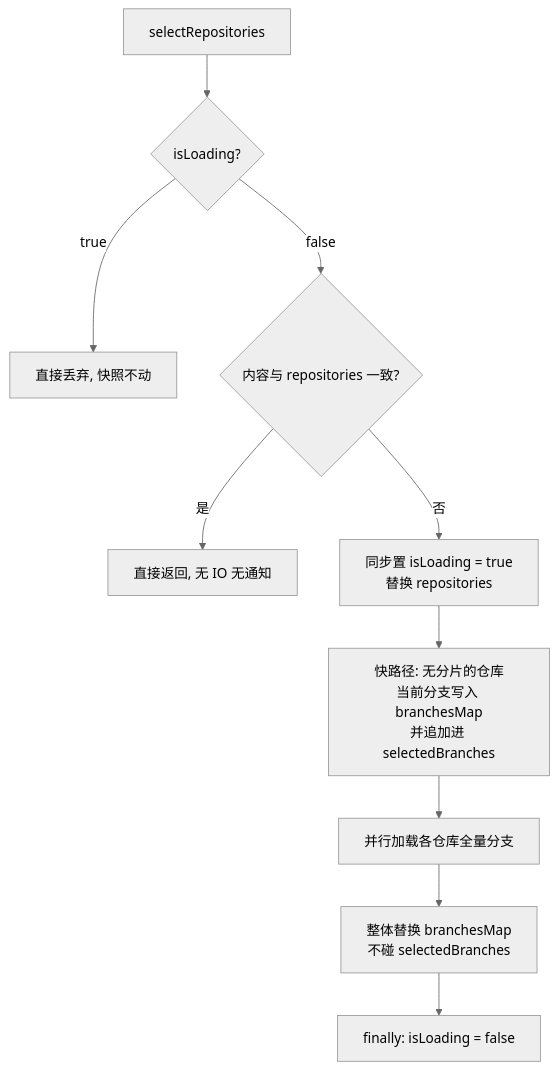
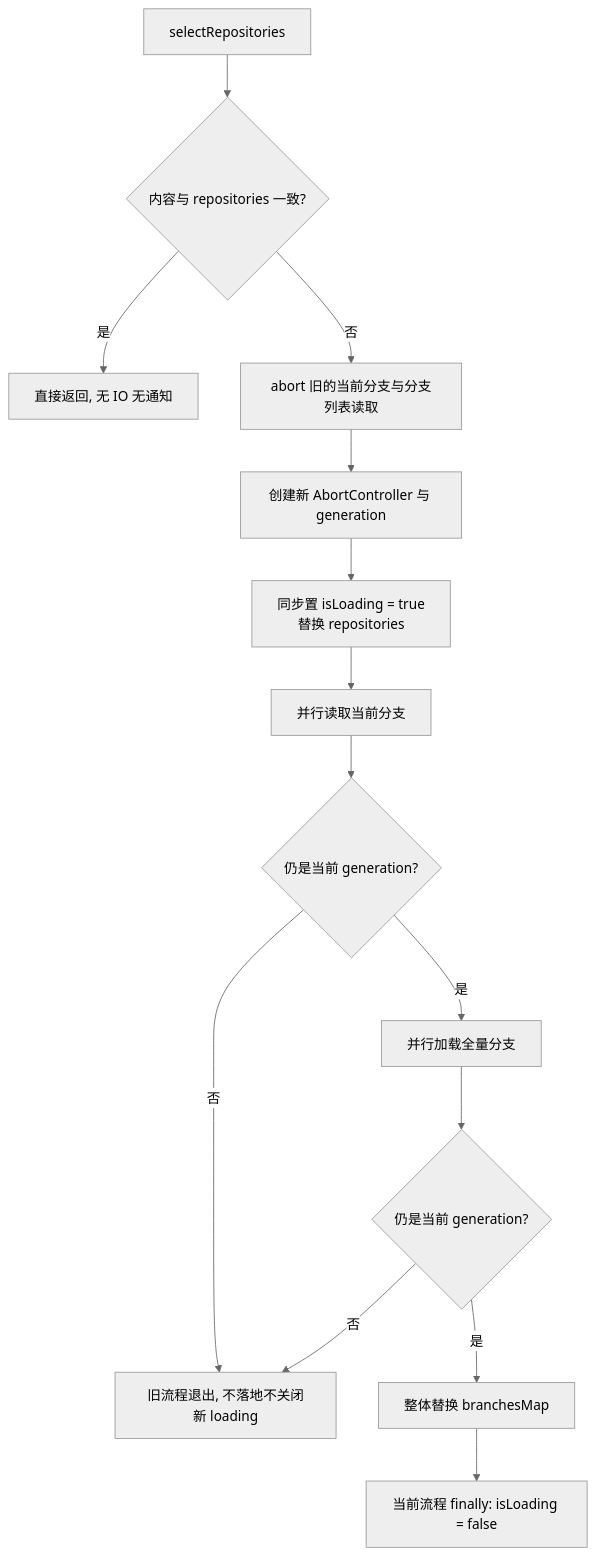
Before and after one commit to liangjunheng/vscode-gitk-pro: the third of 6 diagrams in doc/gitbranchscontroller.md, drawn with Mermaid (neutral theme). The commit also changed other lines of this file and 17 other files, not shown here.

````diff
--- a/doc/gitbranchscontroller.md
+++ b/doc/gitbranchscontroller.md
@@ -197,12 +195,16 @@
 ```mermaid
 flowchart TD
-    A[selectRepositories] --> B{isLoading?}
-    B -->|true| C[直接丢弃, 快照不动]
-    B -->|false| D{内容与 repositories 一致?}
-    D -->|是| E[直接返回, 无 IO 无通知]
-    D -->|否| F[同步置 isLoading = true<br/>替换 repositories]
-    F --> F2[快路径: 无分片的仓库<br/>当前分支写入 branchesMap<br/>并追加进 selectedBranches]
-    F2 --> G[并行加载各仓库全量分支]
-    G --> H[整体替换 branchesMap<br/>不碰 selectedBranches]
-    H --> L[finally: isLoading = false]
+    A[selectRepositories] --> B{内容与 repositories 一致?}
+    B -->|是| C[直接返回, 无 IO 无通知]
+    B -->|否| D[abort 旧的当前分支与分支列表读取]
+    D --> E[创建新 AbortController 与 generation]
+    E --> F[同步置 isLoading = true<br/>替换 repositories]
+    F --> G[并行读取当前分支]
+    G --> H{仍是当前 generation?}
+    H -->|否| I[旧流程退出, 不落地不关闭新 loading]
+    H -->|是| J[并行加载全量分支]
+    J --> K{仍是当前 generation?}
+    K -->|否| I
+    K -->|是| L[整体替换 branchesMap]
+    L --> M[当前流程 finally: isLoading = false]
 ```
````
